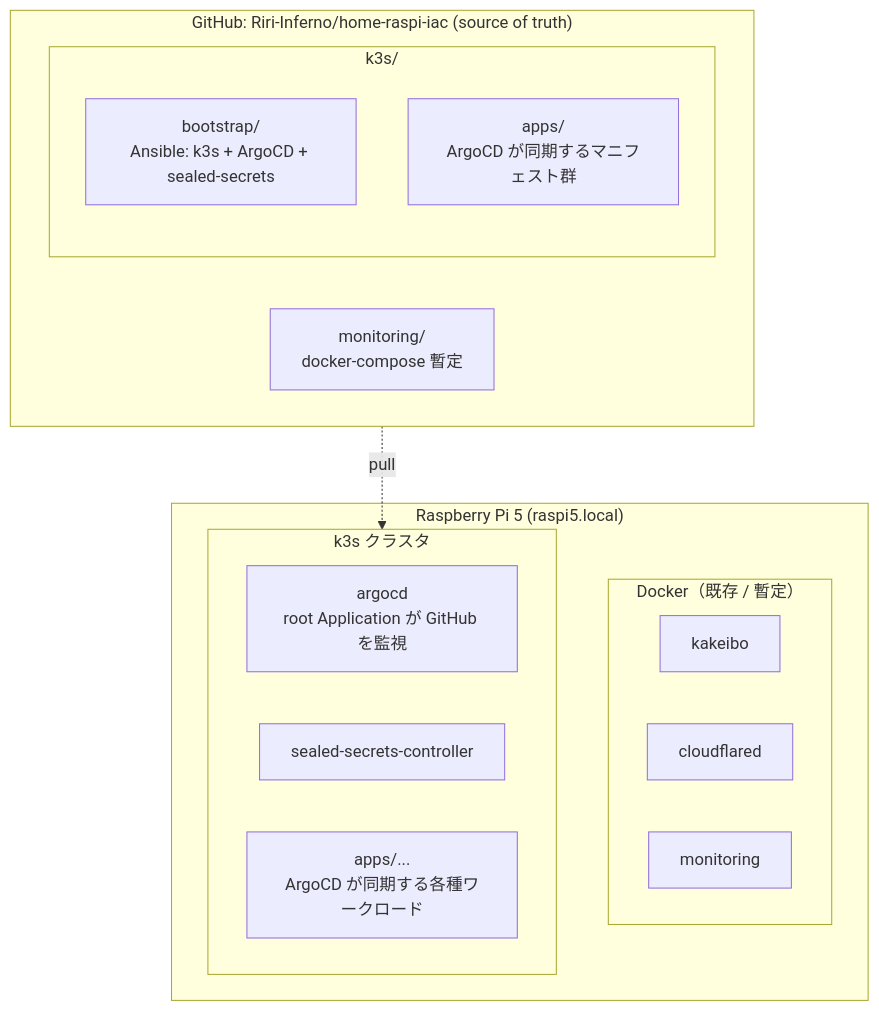
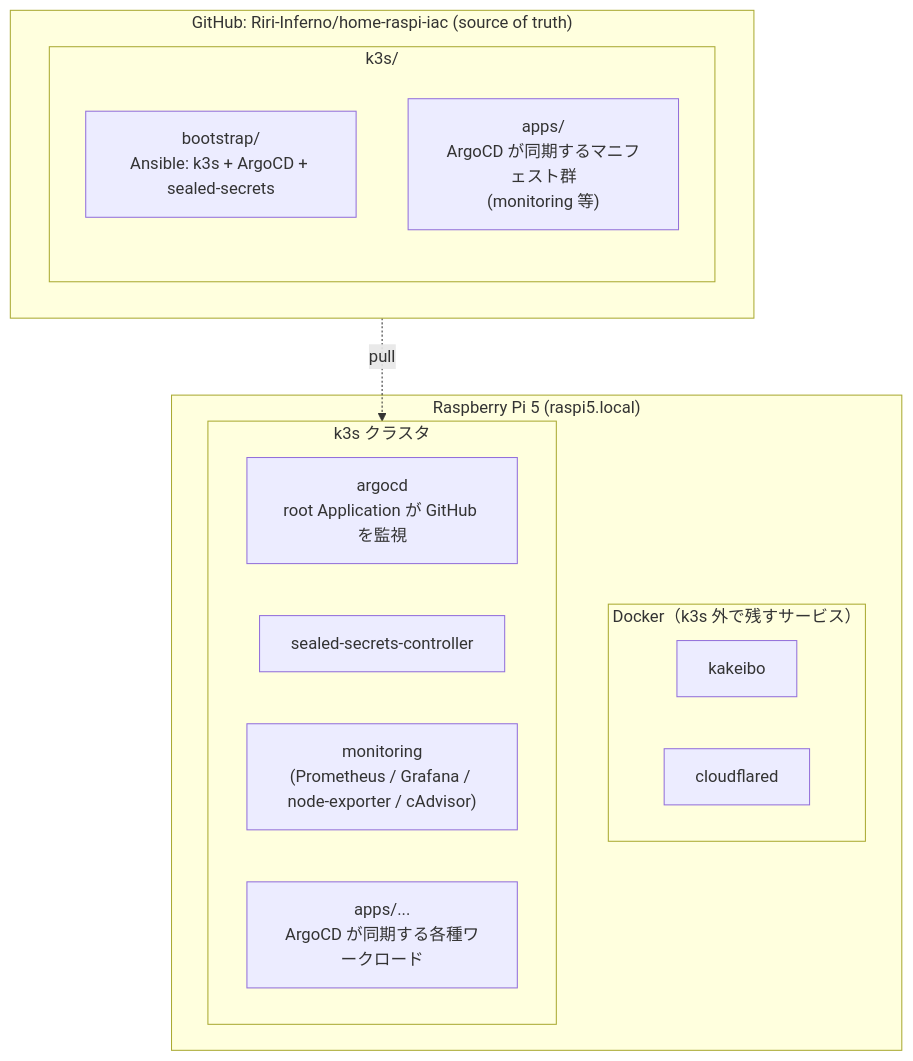
One commit to Riri-Inferno/home-raspi-iac changed the diagram in README.md. Above: the diagram before and after it, drawn with Mermaid. The commit also changed other lines of this file, not shown here.

````diff
--- a/README.md
+++ b/README.md
@@ -8,25 +8,24 @@
 ```mermaid
 flowchart TD
     subgraph GH["GitHub: Riri-Inferno/home-raspi-iac (source of truth)"]
-        M["monitoring/<br/>docker-compose 暫定"]
         subgraph K3S_REPO["k3s/"]
             B["bootstrap/<br/>Ansible: k3s + ArgoCD + sealed-secrets"]
-            A["apps/<br/>ArgoCD が同期するマニフェスト群"]
+            A["apps/<br/>ArgoCD が同期するマニフェスト群<br/>(monitoring 等)"]
         end
     end
 
     subgraph PI["Raspberry Pi 5 (raspi5.local)"]
-        subgraph DOCKER["Docker（既存 / 暫定）"]
+        subgraph DOCKER["Docker（k3s 外で残すサービス）"]
             KK[kakeibo]
             CF[cloudflared]
-            MON[monitoring]
         end
         subgraph K3S_CL["k3s クラスタ"]
             ARGO["argocd<br/>root Application が GitHub を監視"]
             SS[sealed-secrets-controller]
+            MON["monitoring<br/>(Prometheus / Grafana / node-exporter / cAdvisor)"]
             APPS["apps/...<br/>ArgoCD が同期する各種ワークロード"]
         end
     end
 
     GH -.->|pull| K3S_CL
 ```
````
